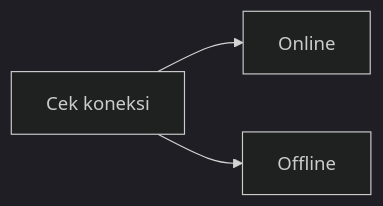
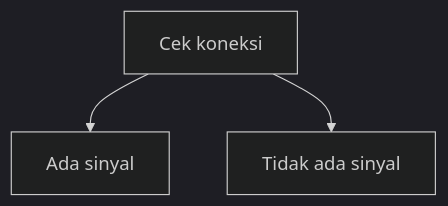
The fifth of 7 diagrams in modul-05-data-lokal/README.md (antonprafanto/mobile2026), drawn with Mermaid (dark theme) before and after one commit. The commit also changed other lines of this file and 4 other files, not shown here.

Commit message:
Clarify the local-data article so GitHub diagrams render and readers know which tool to open first.

````diff
--- a/modul-05-data-lokal/README.md
+++ b/modul-05-data-lokal/README.md
@@ -373,5 +400,5 @@
 ```mermaid
-flowchart LR
-  Cek["Cek koneksi"] --> Online
-  Cek --> Offline
+flowchart TB
+  Cek["Cek koneksi"] --> AdaSinyal["Ada sinyal"]
+  Cek --> TidakSinyal["Tidak ada sinyal"]
 ```
````
